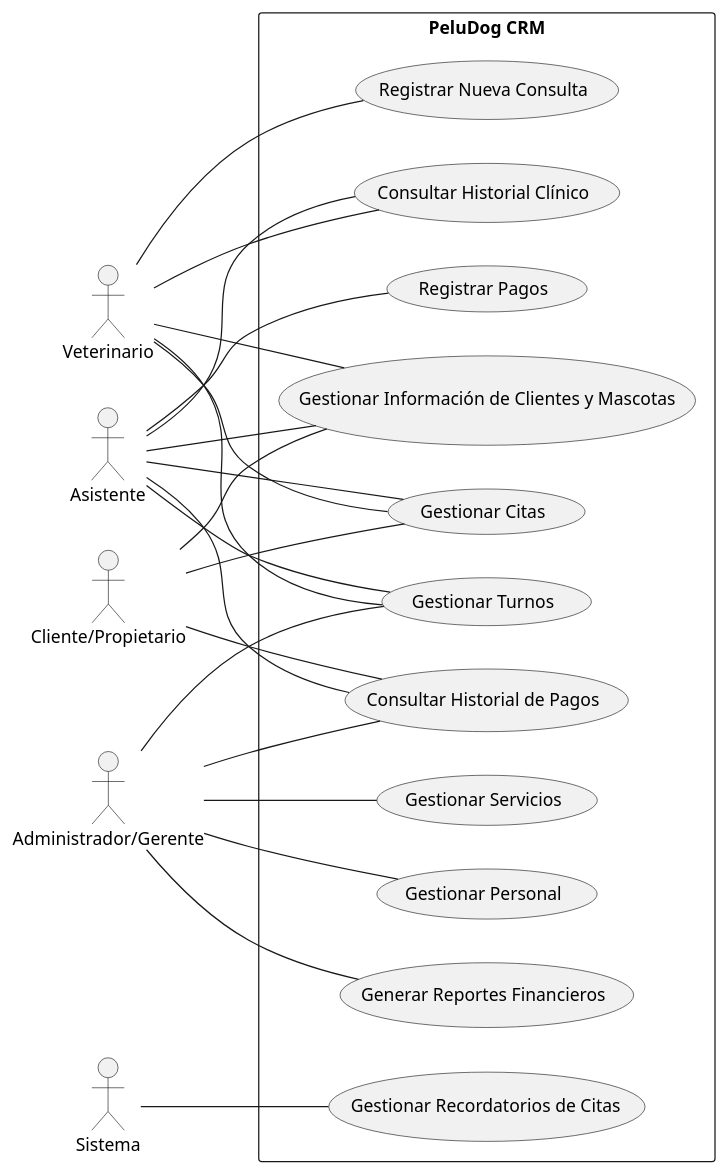
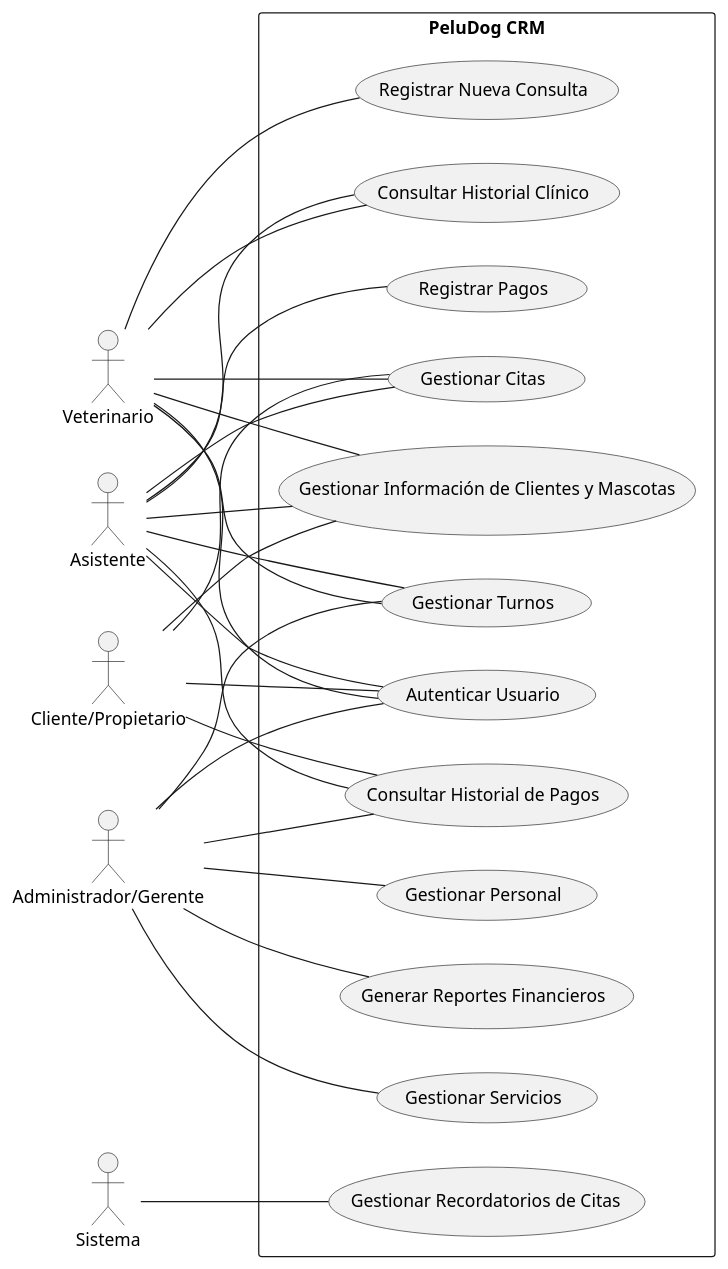
Before and after one commit to miguelfiguera/Peludog-Docs: the diagram in CodigoDiagramasPlantUml/DiagramaCasosDeUsoGeneral.puml, drawn with PlantUML. The commit also changed 10 other files, not shown here.

```diff
--- a/CodigoDiagramasPlantUml/DiagramaCasosDeUsoGeneral.puml
+++ b/CodigoDiagramasPlantUml/DiagramaCasosDeUsoGeneral.puml
@@ -1,49 +1,54 @@
 @startuml
 left to right direction
 
 actor Asistente
 actor Veterinario
 actor "Cliente/Propietario" as Cliente
 actor "Administrador/Gerente" as Admin
 actor Sistema
 
 rectangle "PeluDog CRM" {
+  usecase "Autenticar Usuario" as CU_AU01
   usecase "Gestionar Información de Clientes y Mascotas" as CU_GP01
   usecase "Gestionar Citas" as CU_GA01
   usecase "Gestionar Recordatorios de Citas" as CU_GA02
   usecase "Consultar Historial Clínico" as CU_AC01
   usecase "Registrar Nueva Consulta" as CU_AC02
   usecase "Gestionar Personal" as CU_RH01
   usecase "Gestionar Turnos" as CU_RH02
   usecase "Gestionar Servicios" as CU_RH03
   usecase "Registrar Pagos" as CU_PG01
   usecase "Consultar Historial de Pagos" as CU_PG02
   usecase "Generar Reportes Financieros" as CU_PG03
 }
 
+Asistente -- CU_AU01
 Asistente -- CU_GP01
 Asistente -- CU_GA01
 Asistente -- CU_AC01
 Asistente -- CU_RH02
 Asistente -- CU_PG01
 Asistente -- CU_PG02
 
+Veterinario -- CU_AU01
 Veterinario -- CU_GP01
 Veterinario -- CU_GA01
 Veterinario -- CU_AC01
 Veterinario -- CU_AC02
 Veterinario -- CU_RH02
 
+Cliente -- CU_AU01
 Cliente -- CU_GP01
 Cliente -- CU_GA01
 Cliente -- CU_PG02
 
+Admin -- CU_AU01
 Admin -- CU_RH01
 Admin -- CU_RH02
 Admin -- CU_RH03
 Admin -- CU_PG02
 Admin -- CU_PG03
 
 Sistema -- CU_GA02
 
 @enduml
```
